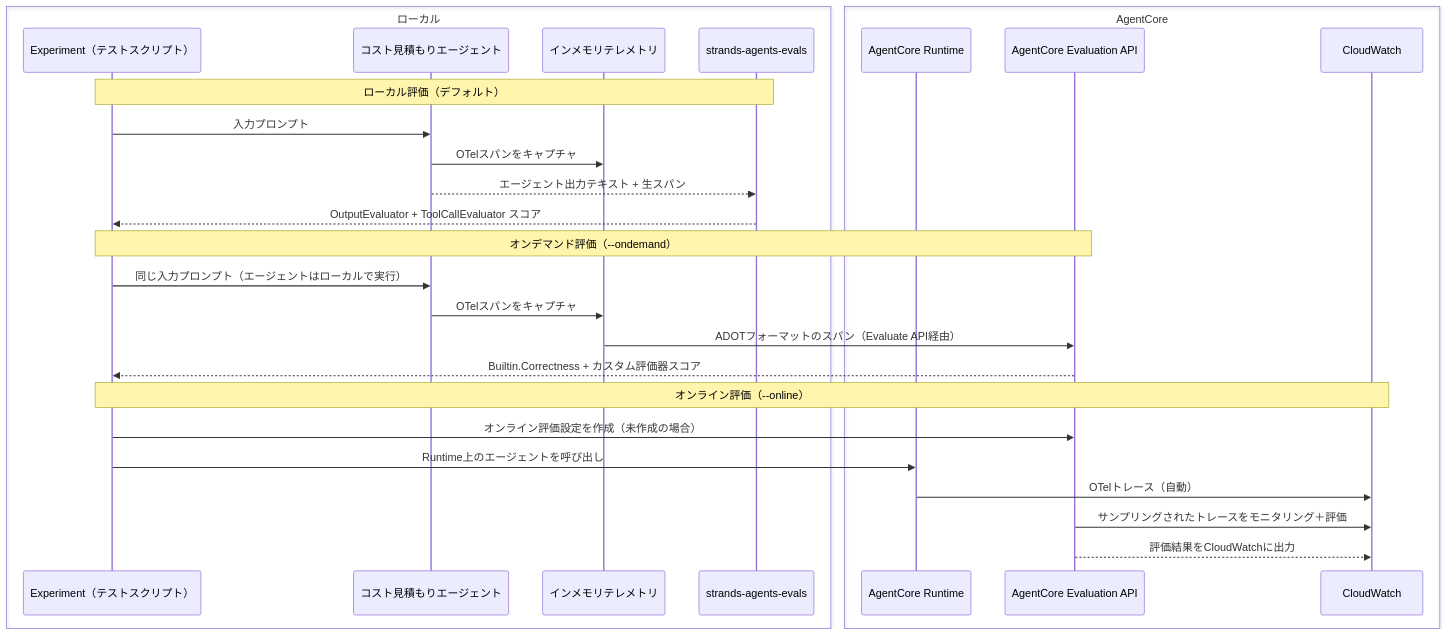
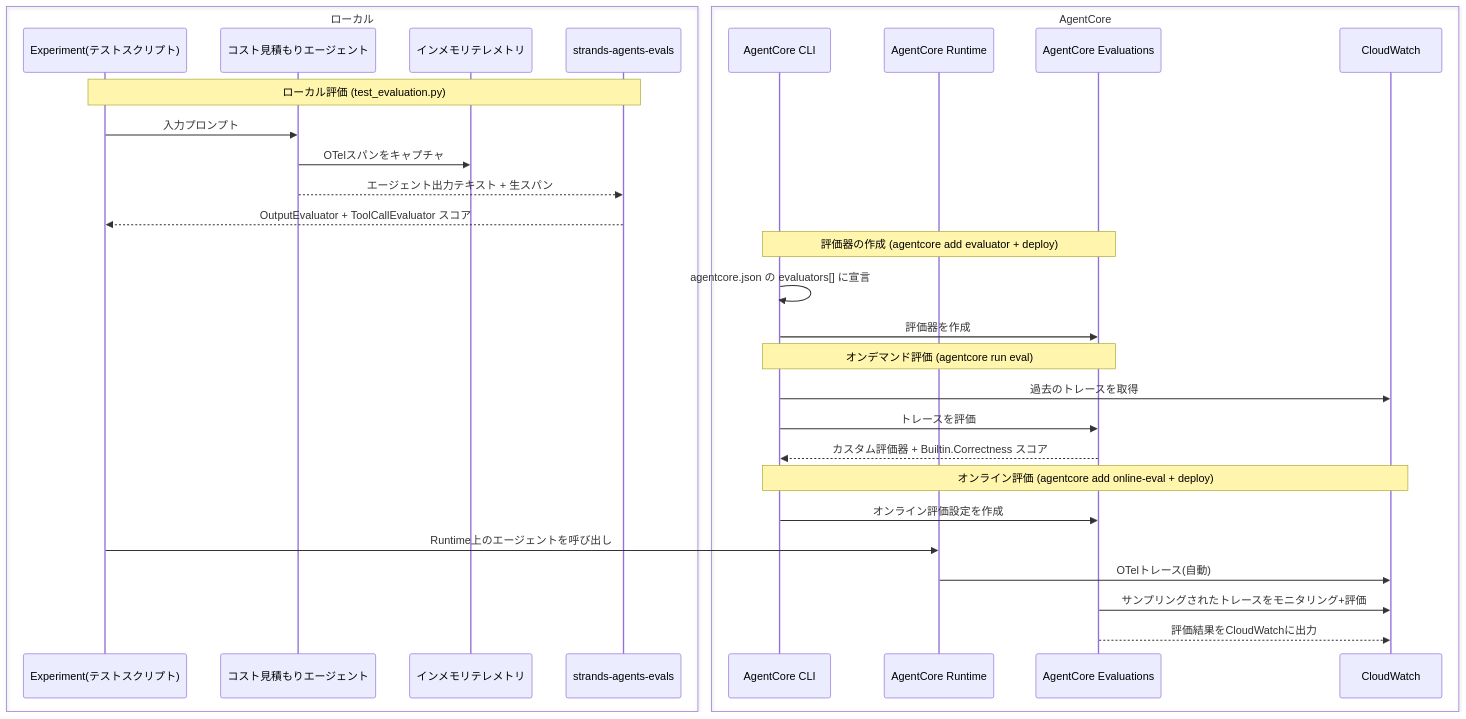
Before and after one commit to aws-samples/sample-amazon-bedrock-agentcore-onboarding: the diagram in 05_evaluation/README_ja.md, drawn with Mermaid. The commit also changed other lines of this file and 68 other files, not shown here.

First line of the commit message:
feat: migrate labs from Starter Toolkit to AgentCore CLI

````diff
--- a/05_evaluation/README_ja.md
+++ b/05_evaluation/README_ja.md
@@ -40,33 +40,37 @@
 ```mermaid
 sequenceDiagram
     box ローカル
-        participant Exp as Experiment（テストスクリプト）
+        participant Exp as Experiment(テストスクリプト)
         participant Agent as コスト見積もりエージェント
         participant OTel as インメモリテレメトリ
         participant Eval as strands-agents-evals
     end
     box AgentCore
+        participant CLI as AgentCore CLI
         participant RT as AgentCore Runtime
-        participant AC as AgentCore Evaluation API
+        participant AC as AgentCore Evaluations
         participant CW as CloudWatch
     end
 
-    Note over Exp,Eval: ローカル評価（デフォルト）
+    Note over Exp,Eval: ローカル評価 (test_evaluation.py)
     Exp->>Agent: 入力プロンプト
     Agent->>OTel: OTelスパンをキャプチャ
     Agent-->>Eval: エージェント出力テキスト + 生スパン
     Eval-->>Exp: OutputEvaluator + ToolCallEvaluator スコア
 
-    Note over Exp,AC: オンデマンド評価（--ondemand）
-    Exp->>Agent: 同じ入力プロンプト（エージェントはローカルで実行）
-    Agent->>OTel: OTelスパンをキャプチャ
-    OTel->>AC: ADOTフォーマットのスパン（Evaluate API経由）
-    AC-->>Exp: Builtin.Correctness + カスタム評価器スコア
+    Note over CLI,AC: 評価器の作成 (agentcore add evaluator + deploy)
+    CLI->>CLI: agentcore.json の evaluators[] に宣言
+    CLI->>AC: 評価器を作成
 
-    Note over Exp,CW: オンライン評価（--online）
-    Exp->>AC: オンライン評価設定を作成（未作成の場合）
+    Note over CLI,AC: オンデマンド評価 (agentcore run eval)
+    CLI->>CW: 過去のトレースを取得
+    CLI->>AC: トレースを評価
+    AC-->>CLI: カスタム評価器 + Builtin.Correctness スコア
+
+    Note over CLI,CW: オンライン評価 (agentcore add online-eval + deploy)
+    CLI->>AC: オンライン評価設定を作成
     Exp->>RT: Runtime上のエージェントを呼び出し
-    RT->>CW: OTelトレース（自動）
-    AC->>CW: サンプリングされたトレースをモニタリング＋評価
+    RT->>CW: OTelトレース(自動)
+    AC->>CW: サンプリングされたトレースをモニタリング+評価
     AC-->>CW: 評価結果をCloudWatchに出力
 ```
````
